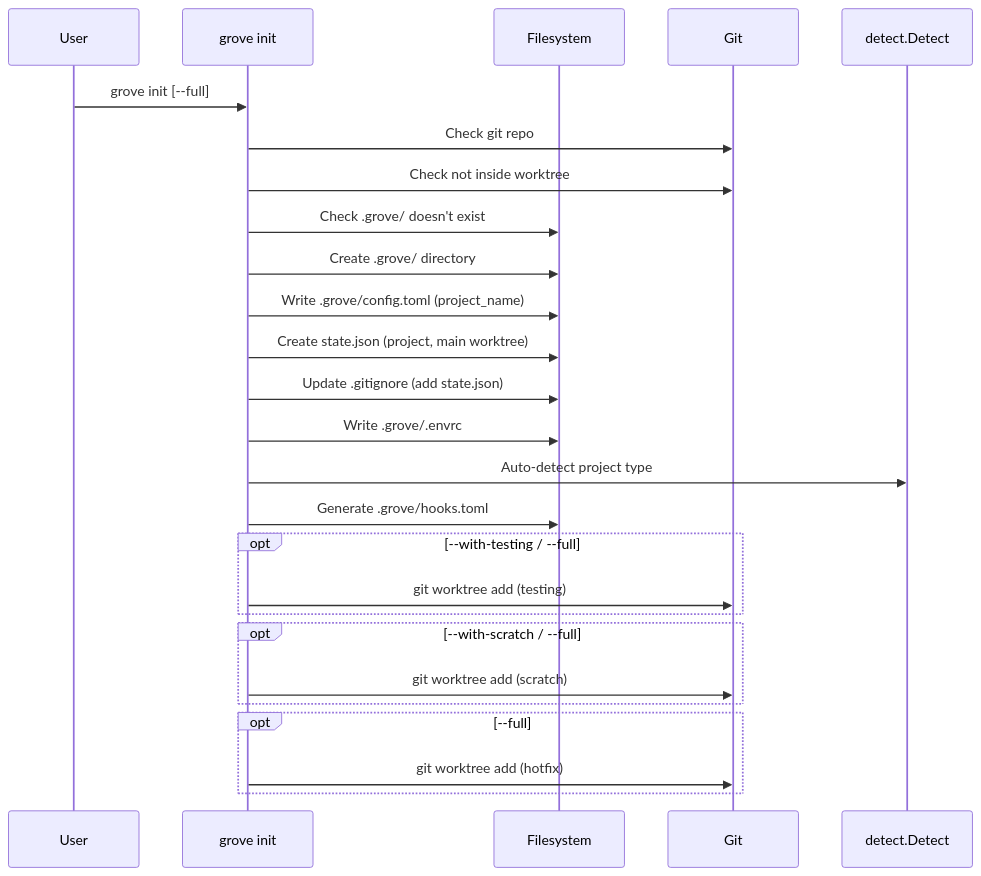
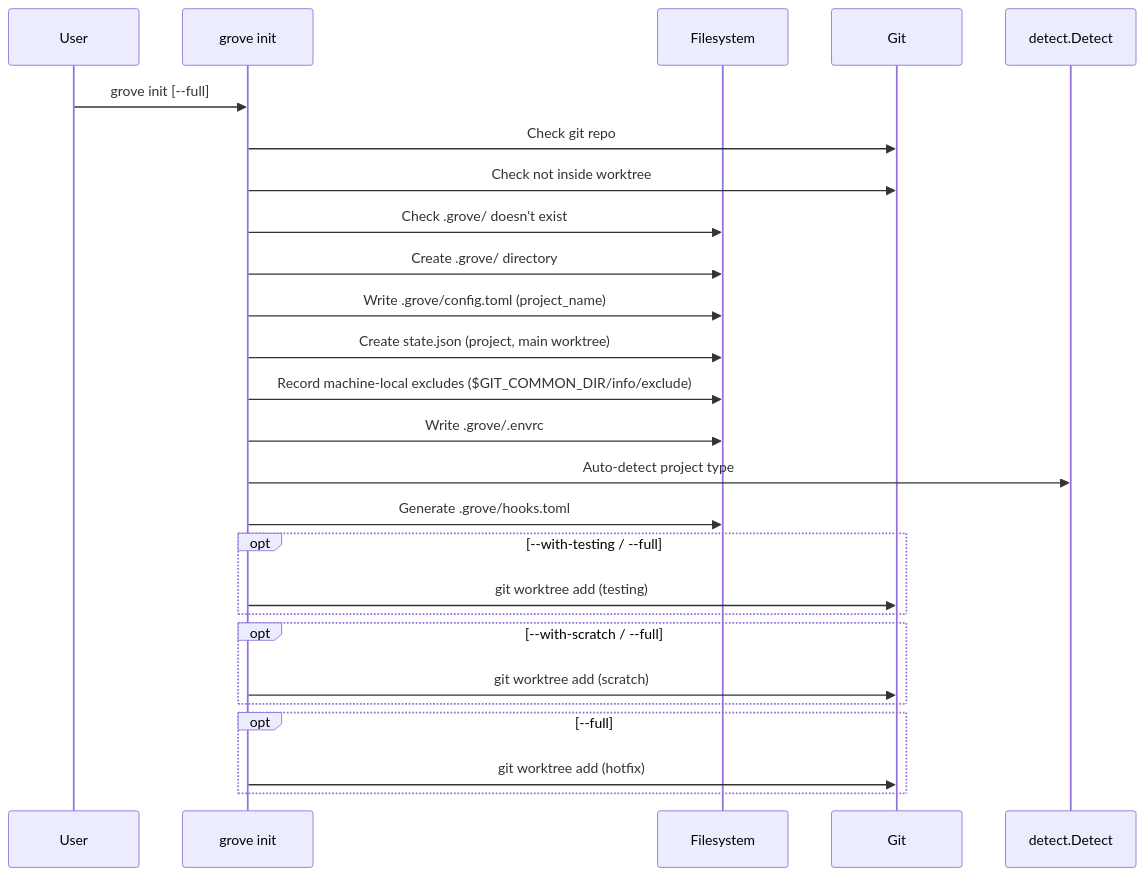
The third of 7 diagrams in docs/DATA_FLOWS.md (lost-in-the/grove), drawn with Mermaid before and after one commit. The commit also changed other lines of this file and 132 other files, not shown here.

````diff
--- a/docs/DATA_FLOWS.md
+++ b/docs/DATA_FLOWS.md
@@ -244,29 +244,29 @@
 ```mermaid
 sequenceDiagram
     participant U as User
     participant I as grove init
     participant FS as Filesystem
     participant G as Git
     participant D as detect.Detect
 
     U->>I: grove init [--full]
     I->>G: Check git repo
     I->>G: Check not inside worktree
     I->>FS: Check .grove/ doesn't exist
     I->>FS: Create .grove/ directory
     I->>FS: Write .grove/config.toml (project_name)
     I->>FS: Create state.json (project, main worktree)
-    I->>FS: Update .gitignore (add state.json)
+    I->>FS: Record machine-local excludes ($GIT_COMMON_DIR/info/exclude)
     I->>FS: Write .grove/.envrc
     I->>D: Auto-detect project type
     I->>FS: Generate .grove/hooks.toml
     opt --with-testing / --full
         I->>G: git worktree add (testing)
     end
     opt --with-scratch / --full
         I->>G: git worktree add (scratch)
     end
     opt --full
         I->>G: git worktree add (hotfix)
     end
 ```
````
